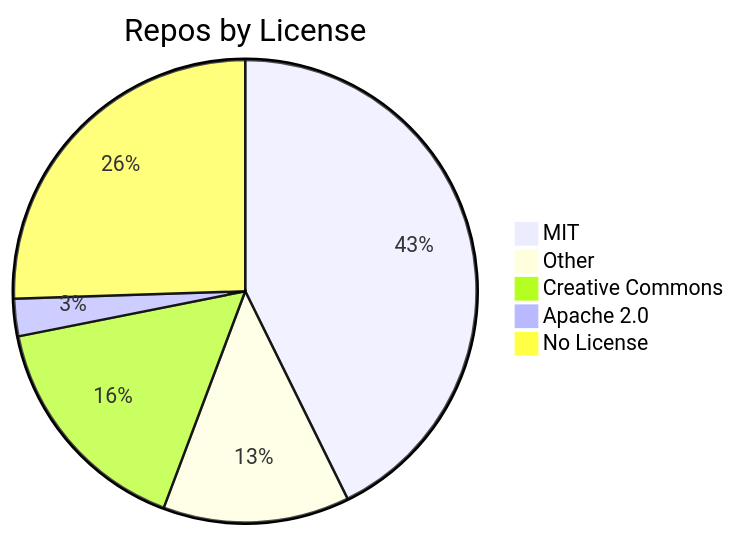
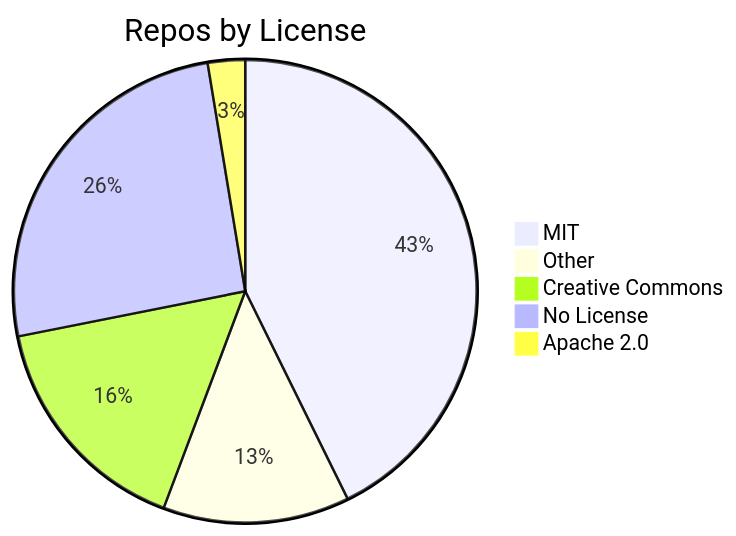
The diagram in README.md (jpatterson933/awesome-mcp-server-repo-index), drawn with Mermaid before and after one commit. The commit also changed other lines of this file and 7 other files, not shown here.

````diff
--- a/README.md
+++ b/README.md
@@ -31,8 +31,8 @@
 ```mermaid
 pie title Repos by License
     "MIT" : 82
     "Other" : 25
     "Creative Commons" : 31
+    "No License" : 49
     "Apache 2.0" : 5
-    "No License" : 49
 ```
````
